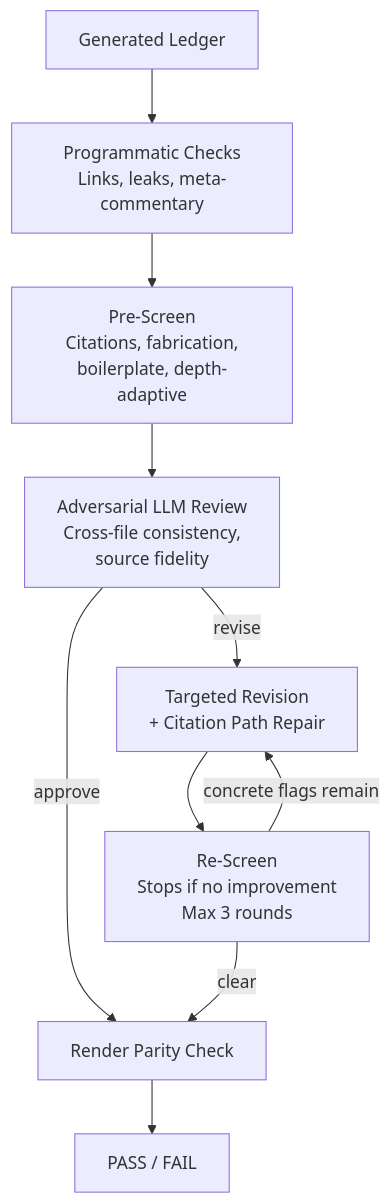
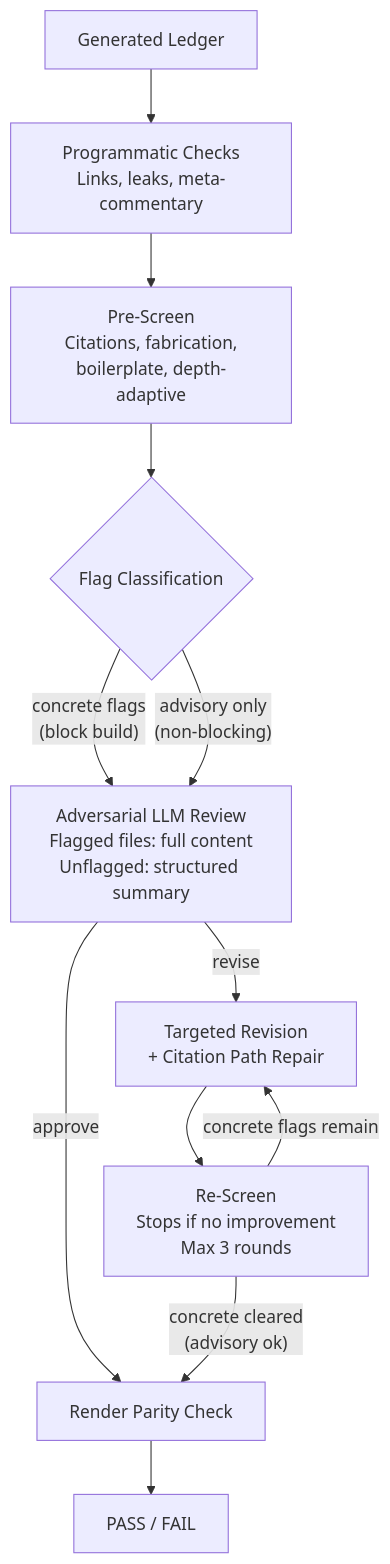
The third of 3 diagrams in README.md (op7ic/SwarmMaker), drawn with Mermaid before and after one commit. The commit also changed 1 other file, not shown here.

Commit message:
Update mermaid charts with concrete/advisory flags and smart summarization
README validation chart now shows flag classification split (concrete
blocks build, advisory non-blocking) and notes smart summarization in
the review node (flagged files full content, unflagged get summaries).

docs/ pipeline chart updated with domain analysis in quality gates,
OpenAPI in ingestion, MCP in render, and concrete/advisory distinction
in pre-screen and re-screen nodes.

````diff
--- a/README.md
+++ b/README.md
@@ -503,12 +503,14 @@
 ```mermaid
 graph TD
     LEDGER["Generated Ledger"] --> PROG["Programmatic Checks<br/>Links, leaks, meta-commentary"]
     PROG --> PRE["Pre-Screen<br/>Citations, fabrication,<br/>boilerplate, depth-adaptive"]
-    PRE --> REVIEW["Adversarial LLM Review<br/>Cross-file consistency,<br/>source fidelity"]
+    PRE --> FLAGS{"Flag Classification"}
+    FLAGS -->|"concrete flags<br/>(block build)"| REVIEW["Adversarial LLM Review<br/>Flagged files: full content<br/>Unflagged: structured summary"]
+    FLAGS -->|"advisory only<br/>(non-blocking)"| REVIEW
     REVIEW -->|approve| PARITY
     REVIEW -->|revise| REVISE["Targeted Revision<br/>+ Citation Path Repair"]
     REVISE --> RECHECK["Re-Screen<br/>Stops if no improvement<br/>Max 3 rounds"]
     RECHECK -->|concrete flags remain| REVISE
-    RECHECK -->|clear| PARITY
+    RECHECK -->|"concrete cleared<br/>(advisory ok)"| PARITY
     PARITY["Render Parity Check"] --> RESULT["PASS / FAIL"]
 ```
````
